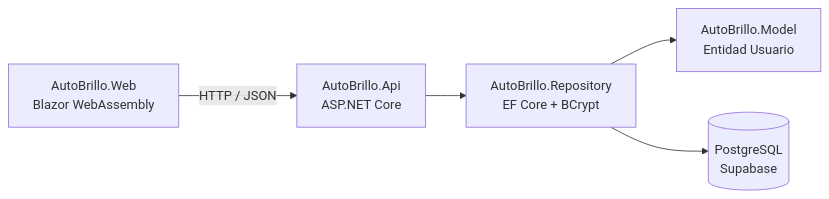
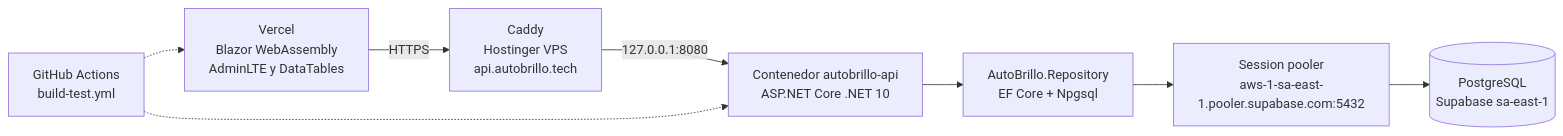
One commit to Renealvarezzz/AutoBrillo changed the diagram in README.md. Above: the diagram before and after it, drawn with Mermaid. The commit also changed other lines of this file and 11 other files, not shown here.

````diff
--- a/README.md
+++ b/README.md
@@ -26,7 +35,10 @@
 ```mermaid
 flowchart LR
-    W[AutoBrillo.Web<br/>Blazor WebAssembly] -->|HTTP / JSON| A[AutoBrillo.Api<br/>ASP.NET Core]
-    A --> R[AutoBrillo.Repository<br/>EF Core + BCrypt]
-    R --> M[AutoBrillo.Model<br/>Entidad Usuario]
-    R --> DB[(PostgreSQL<br/>Supabase)]
+    W["Vercel<br/>Blazor WebAssembly<br/>AdminLTE y DataTables"] -->|HTTPS| C["Caddy<br/>Hostinger VPS<br/>api.autobrillo.tech"]
+    C -->|127.0.0.1:8080| A["Contenedor autobrillo-api<br/>ASP.NET Core .NET 10"]
+    A --> R["AutoBrillo.Repository<br/>EF Core + Npgsql"]
+    R --> P["Session pooler<br/>aws-1-sa-east-1.pooler.supabase.com:5432"]
+    P --> DB[("PostgreSQL<br/>Supabase sa-east-1")]
+    G["GitHub Actions<br/>build-test.yml"] -.-> W
+    G -.-> A
 ```
````
